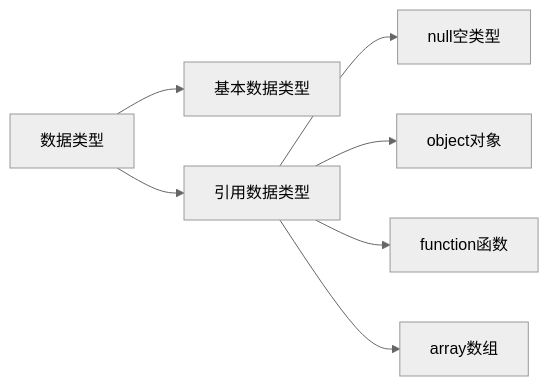
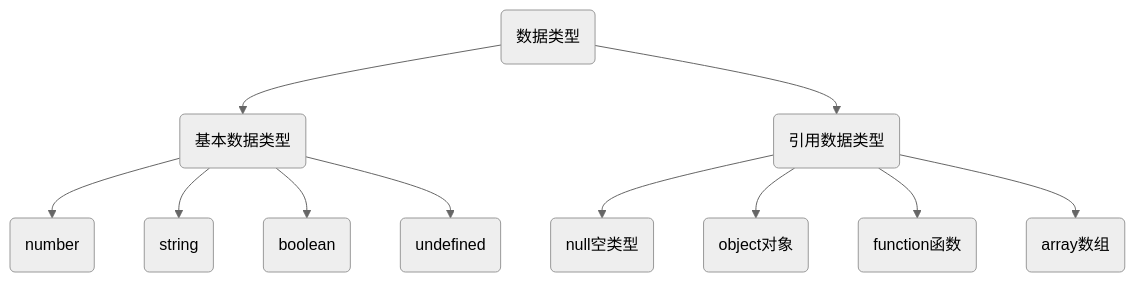
One commit to hughxusu/lesson-web changed the diagram in docs/js/a-base/09-对象.md. Above: the diagram before and after it, drawn with Mermaid (neutral theme). The commit also changed other lines of this file and 7 other files, not shown here.

````diff
--- a/docs/js/a-base/09-对象.md
+++ b/docs/js/a-base/09-对象.md
@@ -270,9 +206,13 @@
 ```mermaid
-graph LR
-数据类型-->基本数据类型
-数据类型-->引用数据类型
-引用数据类型-->null空类型
-引用数据类型-->object对象
-引用数据类型-->function函数
-引用数据类型-->array数组
+graph 
+a(数据类型)-->b(基本数据类型)
+a-->c(引用数据类型)
+c-->d(null空类型)
+c-->e(object对象)
+c-->f(function函数)
+c-->g(array数组)
+b-->h(number)
+b-->i(string)
+b-->j(boolean)
+b-->k(undefined)
 ```
````
